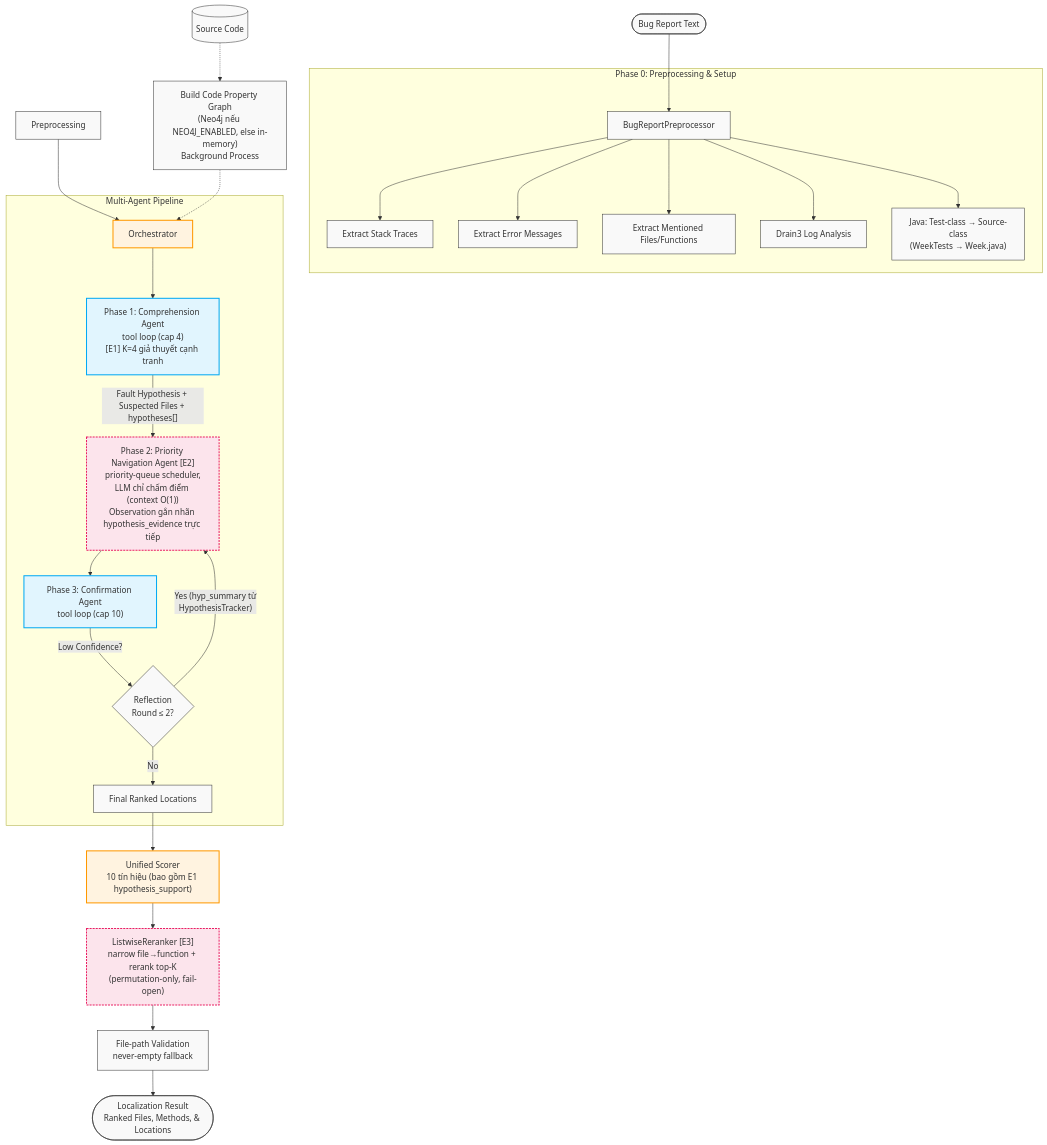
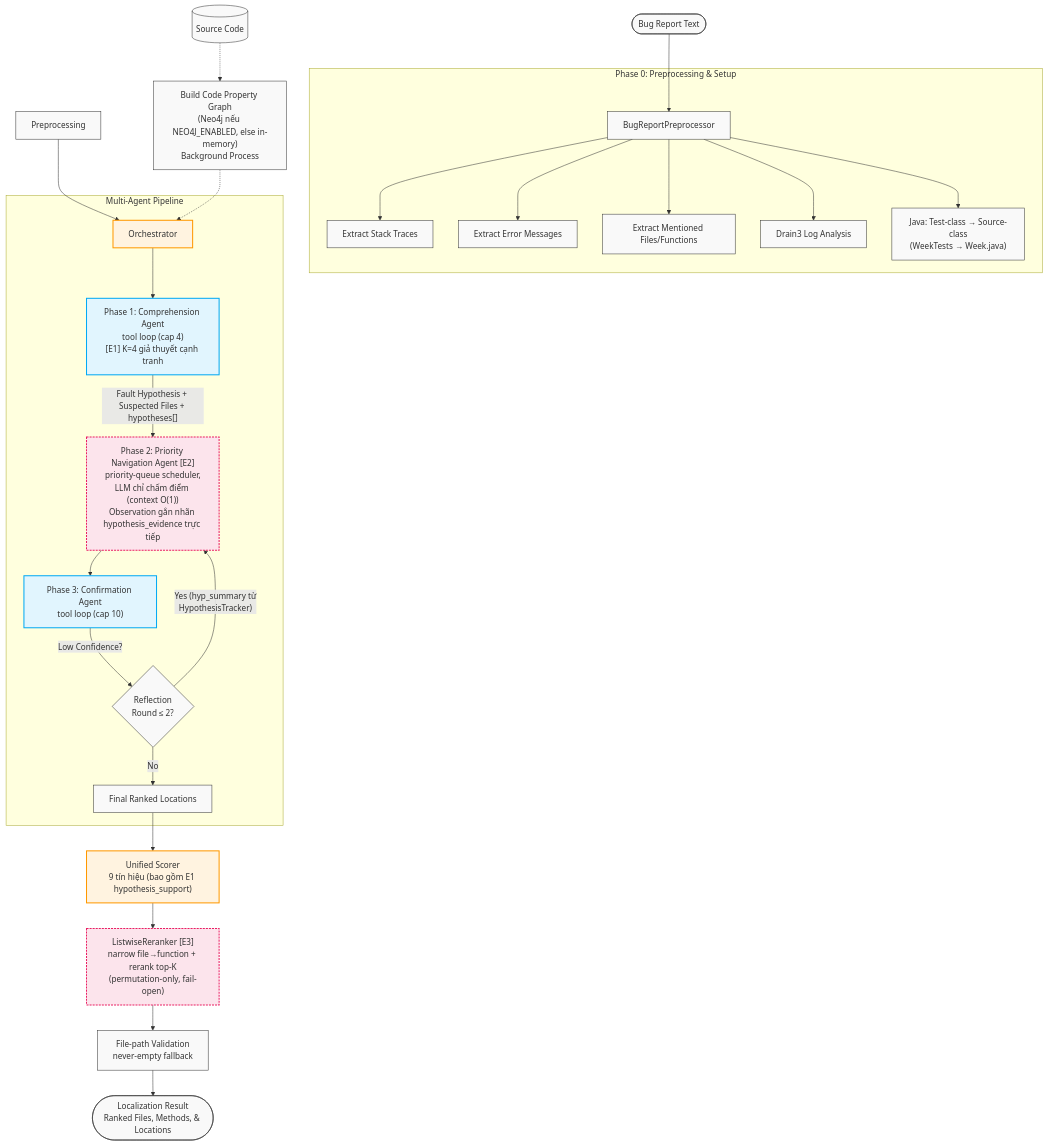
One commit to trinhvietthanh/bug_localization changed the first of 6 diagrams in docs/system_architecture_vi.md. Above: the diagram before and after it, drawn with Mermaid. The commit also changed other lines of this file and 135 other files, not shown here.

````diff
--- a/docs/system_architecture_vi.md
+++ b/docs/system_architecture_vi.md
@@ -13,41 +13,41 @@
 ```mermaid
 flowchart TD
     BR([Bug Report Text]) --> Preprocessor[BugReportPreprocessor]
 
     subgraph Phase 0: Preprocessing & Setup
         Preprocessor --> ST[Extract Stack Traces]
         Preprocessor --> EM[Extract Error Messages]
         Preprocessor --> MF[Extract Mentioned Files/Functions]
         Preprocessor --> DP[Drain3 Log Analysis]
         Preprocessor --> TD["Java: Test-class → Source-class\n(WeekTests → Week.java)"]
     end
 
     Preprocessing --> ORCH[Orchestrator]
 
     Codebase[(Source Code)] -.-> BCPG["Build Code Property Graph\n(Neo4j nếu NEO4J_ENABLED, else in-memory)\nBackground Process"]
     BCPG -.-> ORCH
 
     subgraph Multi-Agent Pipeline
         ORCH --> CA["Phase 1: Comprehension Agent\ntool loop (cap 4)\n[E1] K=4 giả thuyết cạnh tranh"]
         CA -- "Fault Hypothesis + Suspected Files + hypotheses[]" --> PNA["Phase 2: Priority Navigation Agent [E2]\npriority-queue scheduler,\nLLM chỉ chấm điểm (context O(1))\nObservation gắn nhãn hypothesis_evidence trực tiếp"]
 
         PNA --> COA["Phase 3: Confirmation Agent\ntool loop (cap 10)"]
         COA -- "Low Confidence?" --> REF{Reflection\nRound ≤ 2?}
         REF -- "Yes (hyp_summary từ\nHypothesisTracker)" --> PNA
         REF -- "No" --> FS[Final Ranked Locations]
     end
 
-    FS --> US["Unified Scorer\n10 tín hiệu (bao gồm E1 hypothesis_support)"]
+    FS --> US["Unified Scorer\n9 tín hiệu (bao gồm E1 hypothesis_support)"]
     US --> LR2["ListwiseReranker [E3]\nnarrow file→function + rerank top-K\n(permutation-only, fail-open)"]
     LR2 --> VAL[File-path Validation\nnever-empty fallback]
     VAL --> LR([Localization Result\nRanked Files, Methods, & Locations])
 
     %% Styles
     classDef default fill:#f9f9f9,stroke:#333,stroke-width:1px;
     classDef agent fill:#e1f5fe,stroke:#03a9f4,stroke-width:2px;
     classDef process fill:#fff3e0,stroke:#ff9800,stroke-width:2px;
     classDef ext fill:#fce4ec,stroke:#e91e63,stroke-width:2px,stroke-dasharray: 4 2;
     class CA,PNA,COA agent;
     class ORCH,US process;
     class PNA,LR2 ext;
 ```
````
